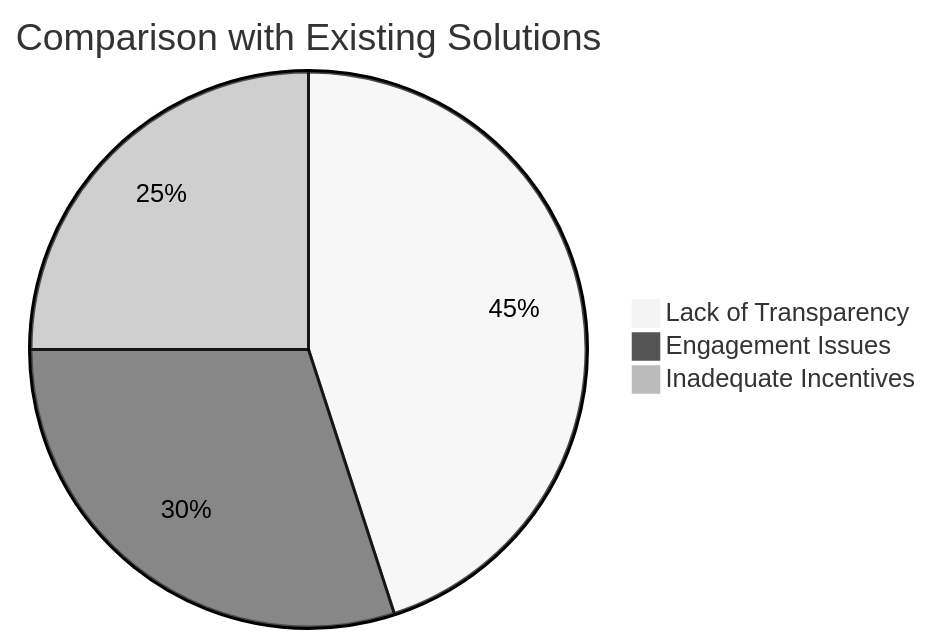
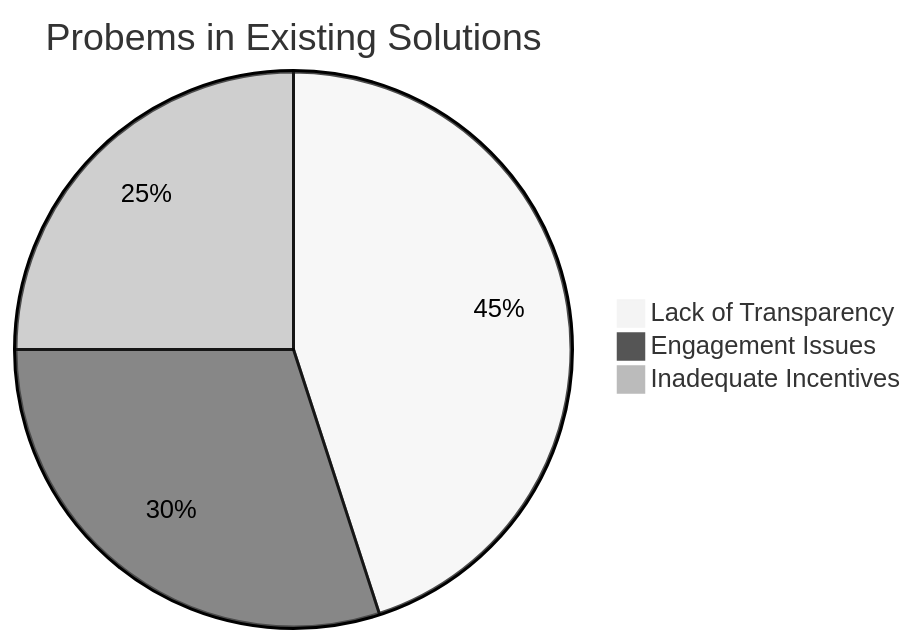
Before and after one commit to A-GHOSH-dev/blockchain-project: the first of 5 diagrams in README.md, drawn with Mermaid (neutral theme). The commit also changed other lines of this file, not shown here.

````diff
--- a/README.md
+++ b/README.md
@@ -108,7 +123,7 @@
 ```mermaid
 pie
-  title Comparison with Existing Solutions
+  title Probems in Existing Solutions
   "Lack of Transparency" : 45
   "Engagement Issues" : 30
   "Inadequate Incentives" : 25
 ```
````
